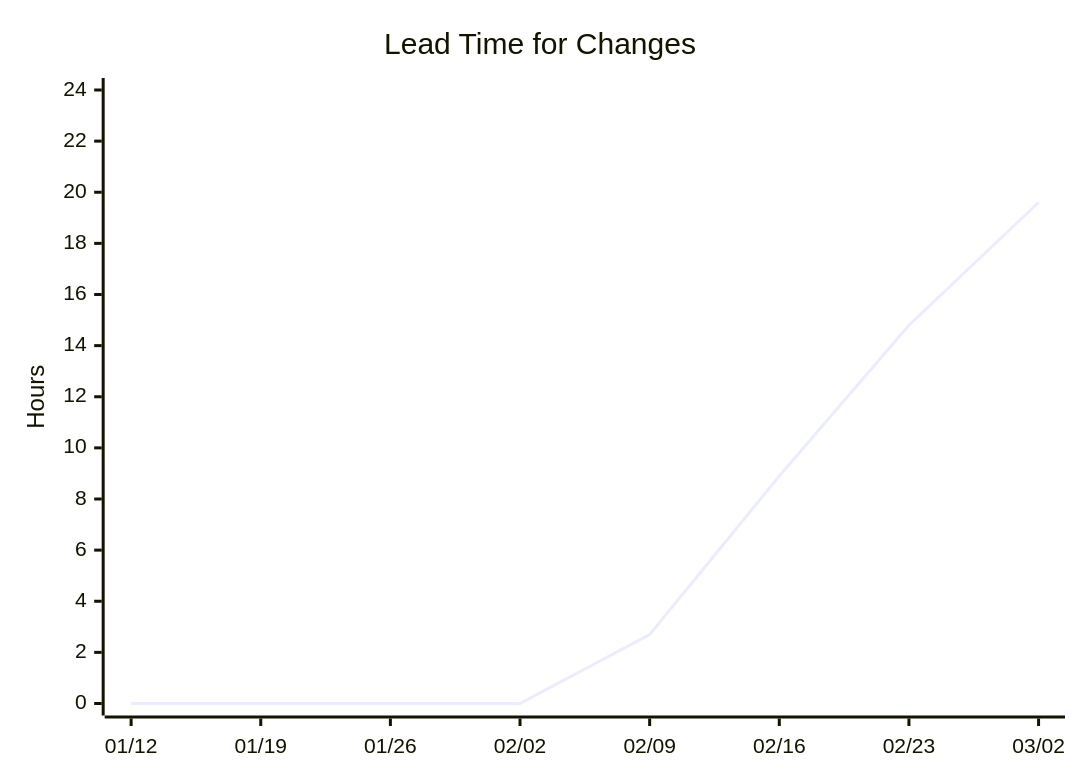
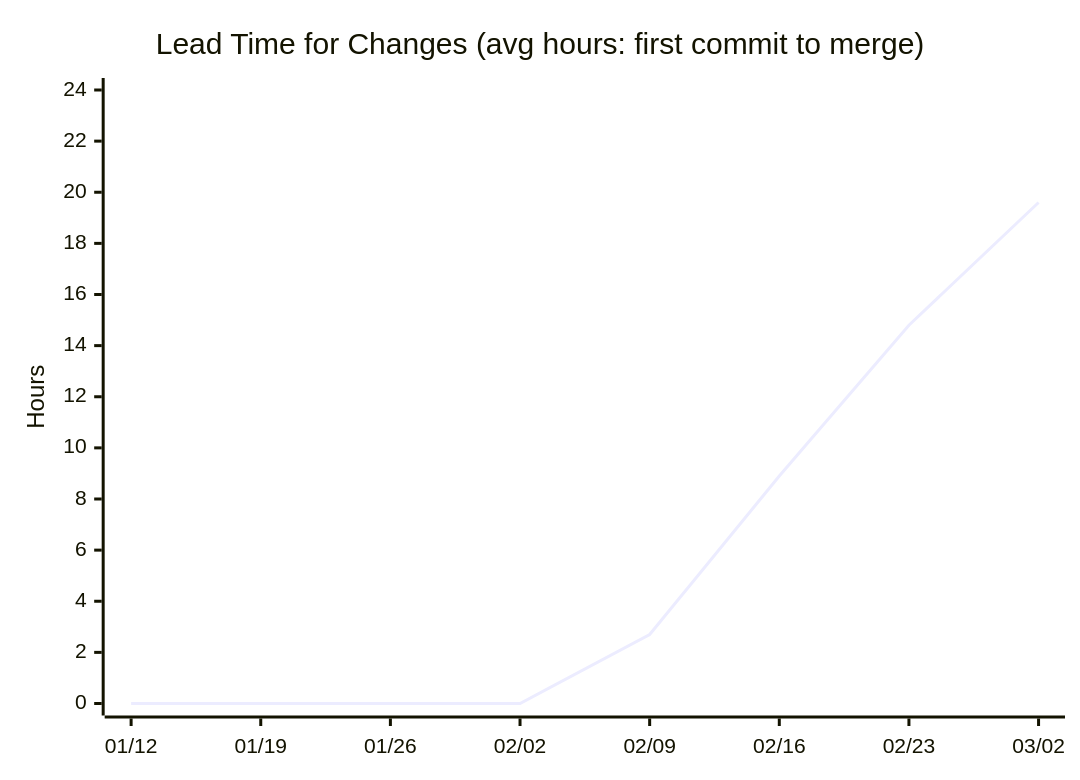
Before and after one commit to nablarch/nabledge-dev: the third of 14 diagrams in docs/metrics.md, drawn with Mermaid. The commit also changed other lines of this file and 4 other files, not shown here.

First line of the commit message:
feat: overhaul metrics output with charts, fix SLOC to v6 only, add label guidelines

````diff
--- a/docs/metrics.md
+++ b/docs/metrics.md
@@ -28,7 +32,7 @@
 ```mermaid
 xychart-beta
-  title "Lead Time for Changes"
+  title "Lead Time for Changes (avg hours: first commit to merge)"
   x-axis ["01/12", "01/19", "01/26", "02/02", "02/09", "02/16", "02/23", "03/02"]
   y-axis "Hours" 0 --> 24
   line [0, 0, 0, 0, 2.7, 8.9, 14.8, 19.6]
 ```
````
